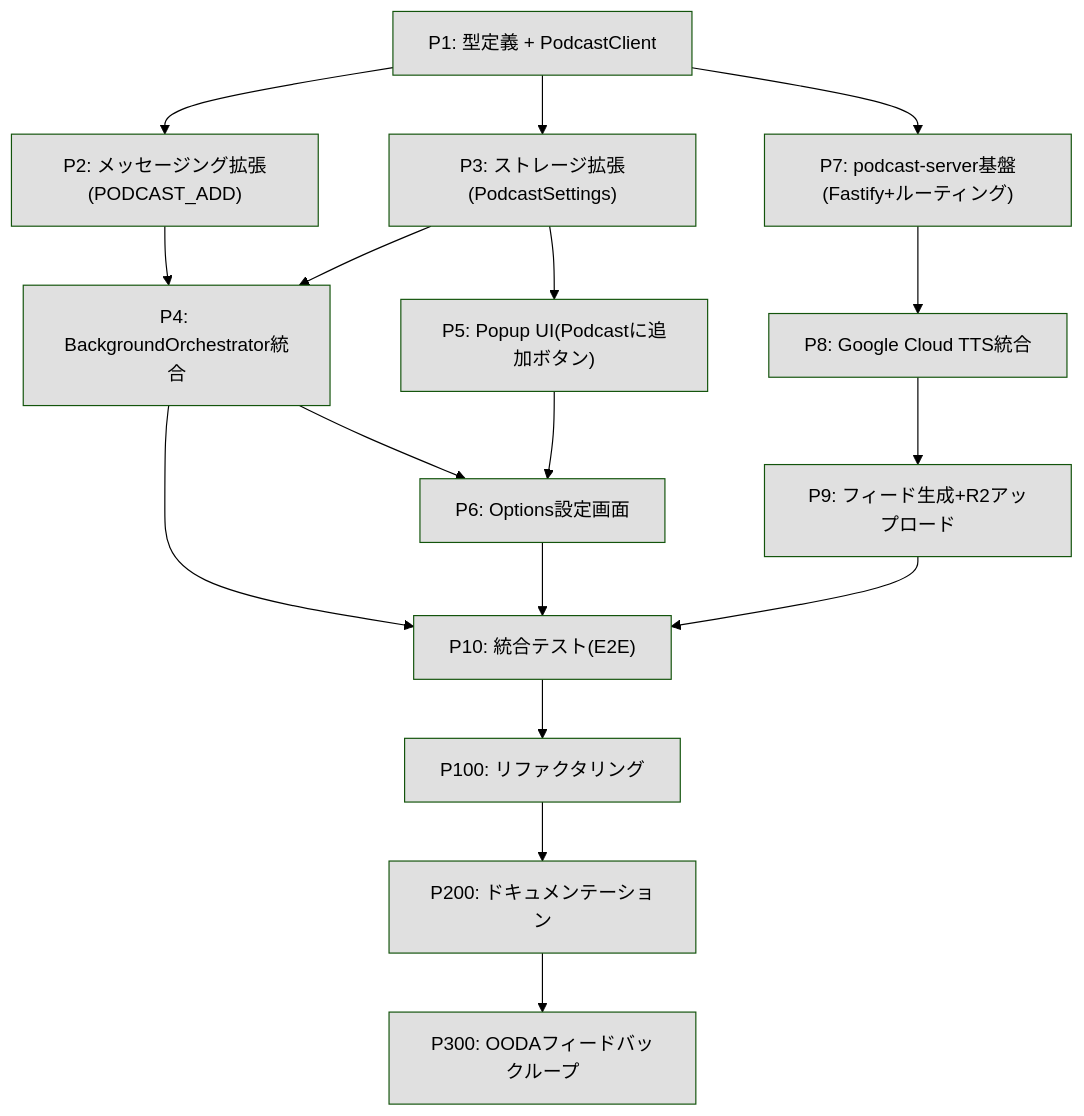
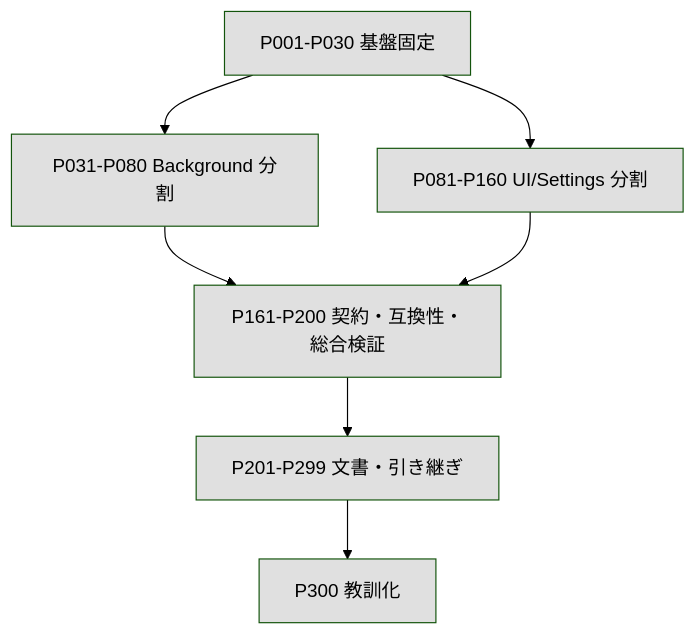
The diagram in PLAN.md (nekowasabi/read-aloud-tab), drawn with Mermaid (forest theme) before and after one commit. The commit also changed other lines of this file, not shown here.

````diff
--- a/PLAN.md
+++ b/PLAN.md
@@ -145,47 +306,23 @@
 ```mermaid
 graph TD
-  P1["P1: 型定義 + PodcastClient"]
-  P2["P2: メッセージング拡張(PODCAST_ADD)"]
-  P3["P3: ストレージ拡張(PodcastSettings)"]
-  P4["P4: BackgroundOrchestrator統合"]
-  P5["P5: Popup UI(Podcastに追加ボタン)"]
-  P6["P6: Options設定画面"]
-  P7["P7: podcast-server基盤(Fastify+ルーティング)"]
-  P8["P8: Google Cloud TTS統合"]
-  P9["P9: フィード生成+R2アップロード"]
-  P10["P10: 統合テスト(E2E)"]
-  P100["P100: リファクタリング"]
-  P200["P200: ドキュメンテーション"]
-  P300["P300: OODAフィードバックループ"]
+  P001["P001-P030 基盤固定"]
+  P031["P031-P080 Background 分割"]
+  P081["P081-P160 UI/Settings 分割"]
+  P161["P161-P200 契約・互換性・総合検証"]
+  P201["P201-P299 文書・引き継ぎ"]
+  P300["P300 教訓化"]
 
-  P1 --> P2
-  P1 --> P3
-  P1 --> P7
-  P2 --> P4
-  P3 --> P4
-  P3 --> P5
-  P4 --> P6
-  P5 --> P6
-  P7 --> P8
-  P8 --> P9
-  P4 --> P10
-  P6 --> P10
-  P9 --> P10
-  P10 --> P100
-  P100 --> P200
-  P200 --> P300
+  P001 --> P031
+  P001 --> P081
+  P031 --> P161
+  P081 --> P161
+  P161 --> P201
+  P201 --> P300
 
-  style P1 fill:#E0E0E0
-  style P2 fill:#E0E0E0
-  style P3 fill:#E0E0E0
-  style P4 fill:#E0E0E0
-  style P5 fill:#E0E0E0
-  style P6 fill:#E0E0E0
-  style P7 fill:#E0E0E0
-  style P8 fill:#E0E0E0
-  style P9 fill:#E0E0E0
-  style P10 fill:#E0E0E0
-  style P100 fill:#E0E0E0
-  style P200 fill:#E0E0E0
+  style P001 fill:#E0E0E0
+  style P031 fill:#E0E0E0
+  style P081 fill:#E0E0E0
+  style P161 fill:#E0E0E0
+  style P201 fill:#E0E0E0
   style P300 fill:#E0E0E0
 ```
````
